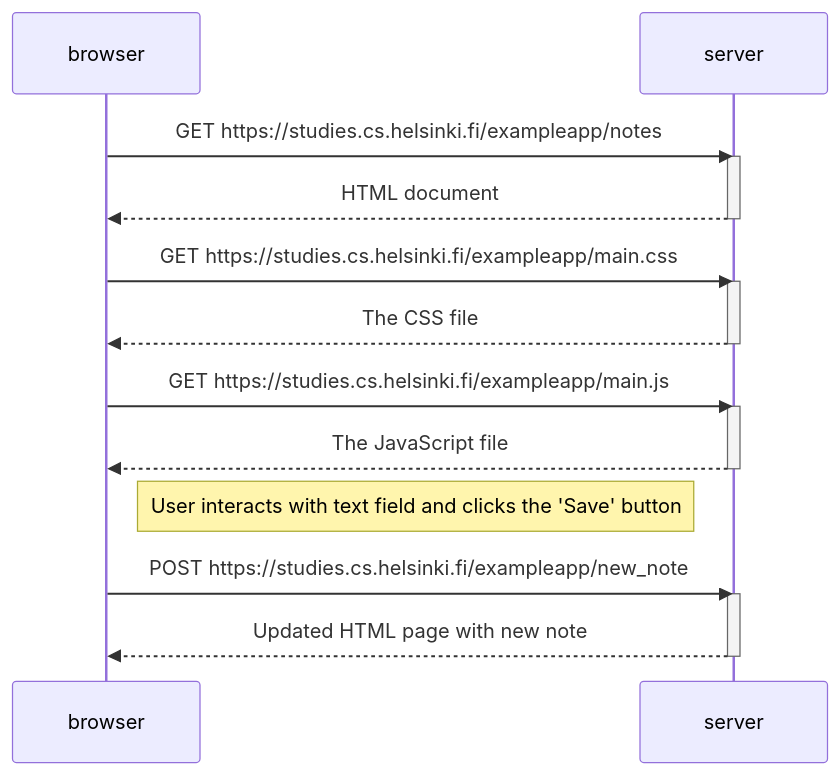
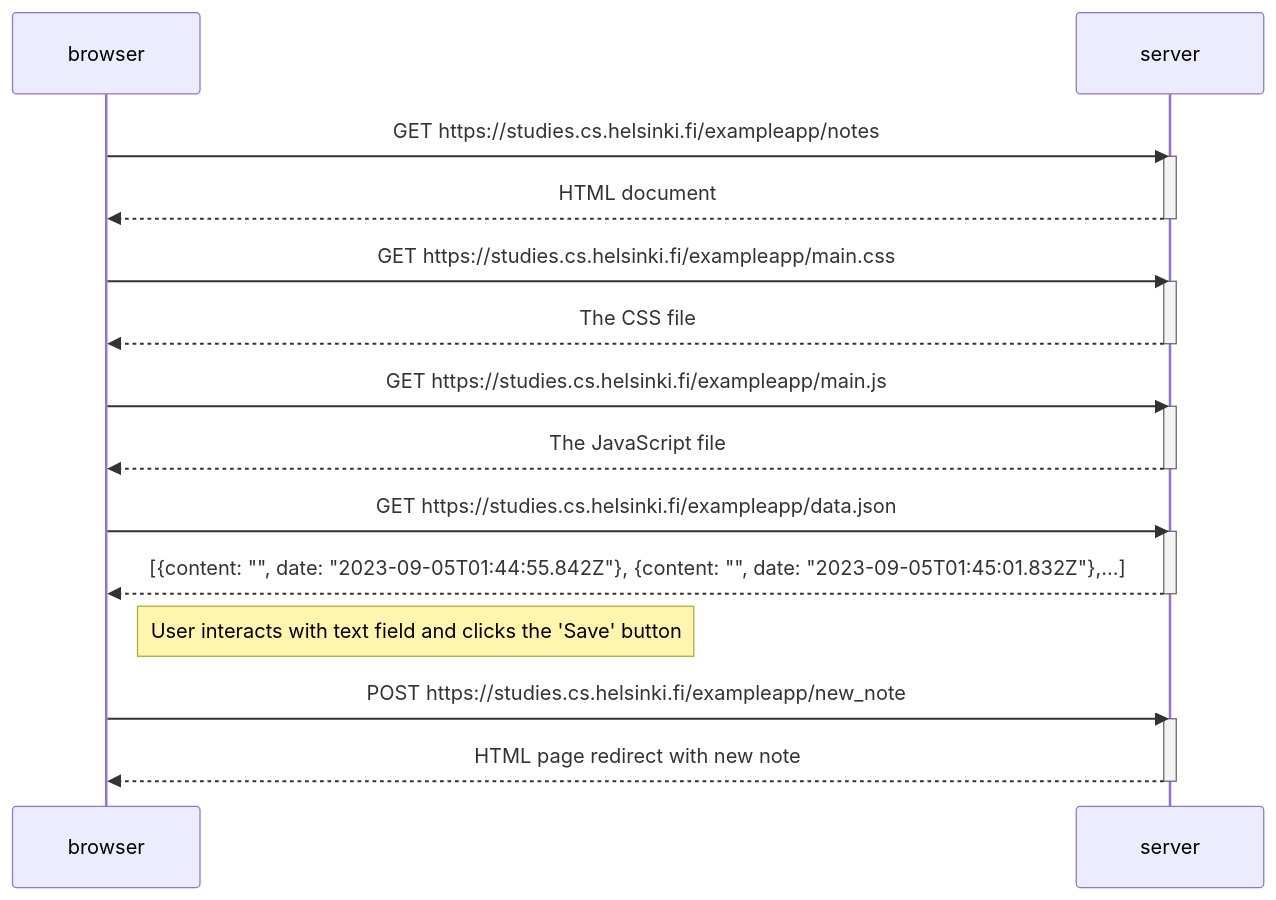
The diagram in Exercise 0.4 (New note diagram).md (robynainsley21/fullstack-open), drawn with Mermaid before and after one commit. The commit also changed 3 other files, not shown here.

````diff
--- a/Exercise 0.4 (New note diagram).md
+++ b/Exercise 0.4 (New note diagram).md
@@ -1,27 +1,32 @@
 ```mermaid
 sequenceDiagram
     participant browser
     participant server
 
     browser->>server: GET https://studies.cs.helsinki.fi/exampleapp/notes
     activate server
     server-->>browser: HTML document
     deactivate server
 
     browser->>server: GET https://studies.cs.helsinki.fi/exampleapp/main.css
     activate server 
     server-->>browser: The CSS file
     deactivate server 
 
     browser->>server: GET https://studies.cs.helsinki.fi/exampleapp/main.js
     activate server
     server-->>browser: The JavaScript file
     deactivate server
 
+    browser->>server: GET https://studies.cs.helsinki.fi/exampleapp/data.json
+    activate server
+    server-->>browser: [{content: "", date: "2023-09-05T01:44:55.842Z"}, {content: "", date: "2023-09-05T01:45:01.832Z"},…]
+    deactivate server
+
     Note right of browser: User interacts with text field and clicks the 'Save' button 
 
     browser->>server: POST https://studies.cs.helsinki.fi/exampleapp/new_note
     activate server
-    server-->>browser: Updated HTML page with new note
+    server-->>browser: HTML page redirect with new note
     deactivate server
 ```
````
